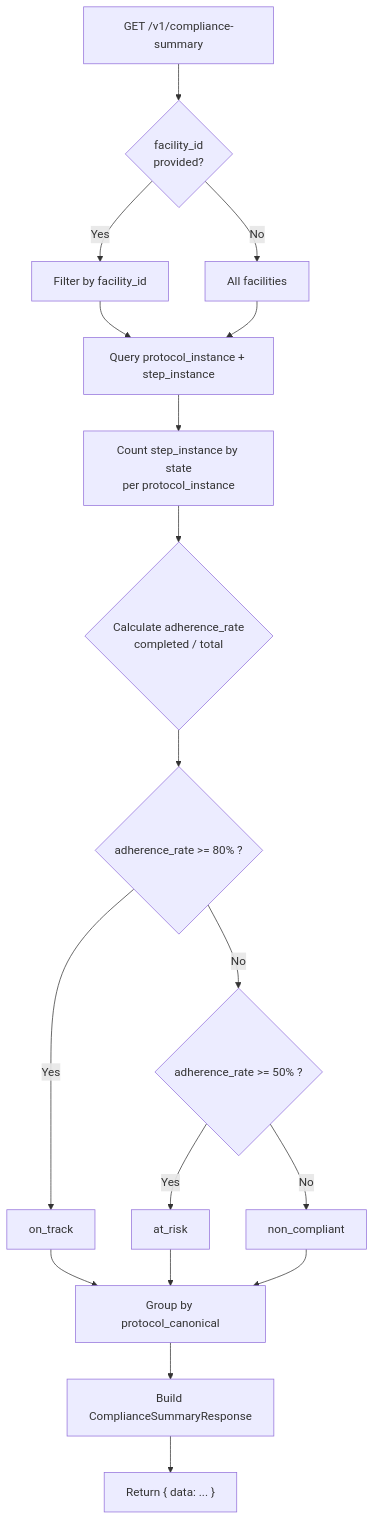
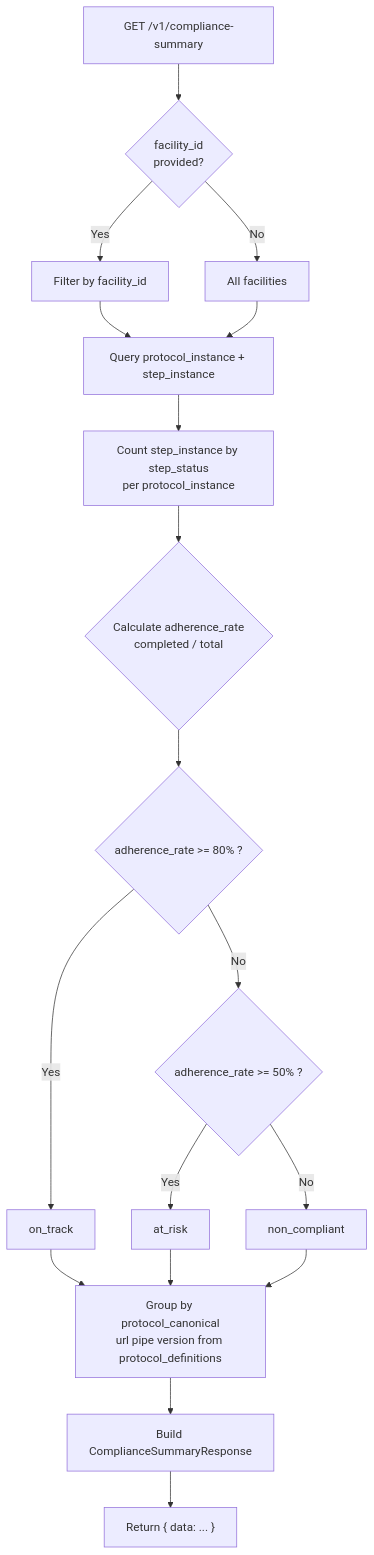
The second of 29 diagrams in docs/flow-diagrams.md (openphc/cce-insights-service), drawn with Mermaid before and after one commit. The commit also changed other lines of this file and 81 other files, not shown here.

First line of the commit message:
Read the CCE 2.0.0 cce_analytics schema

````diff
--- a/docs/flow-diagrams.md
+++ b/docs/flow-diagrams.md
@@ -26,22 +26,22 @@
 ```mermaid
 flowchart TD
     A[GET /v1/compliance-summary] --> B{facility_id<br/>provided?}
     B -- Yes --> C[Filter by facility_id]
     B -- No --> D[All facilities]
     C --> E[Query protocol_instance + step_instance]
     D --> E
 
-    E --> F[Count step_instance by state<br/>per protocol_instance]
+    E --> F[Count step_instance by step_status<br/>per protocol_instance]
     F --> G{Calculate adherence_rate<br/>completed / total}
     G --> H{"adherence_rate >= 80% ?"}
     H -- Yes --> I[on_track]
     H -- No --> J{"adherence_rate >= 50% ?"}
     J -- Yes --> K[at_risk]
     J -- No --> L[non_compliant]
 
-    I --> M[Group by protocol_canonical]
+    I --> M[Group by protocol_canonical<br/>url pipe version from protocol_definitions]
     K --> M
     L --> M
     M --> N[Build ComplianceSummaryResponse]
     N --> O["Return { data: ... }"]
 ```
````
